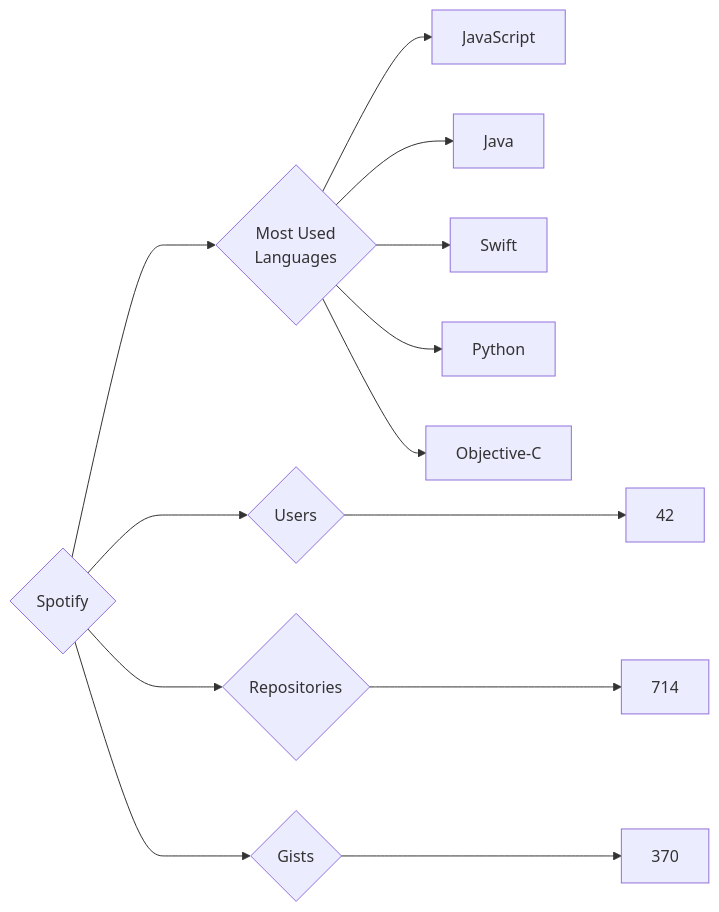
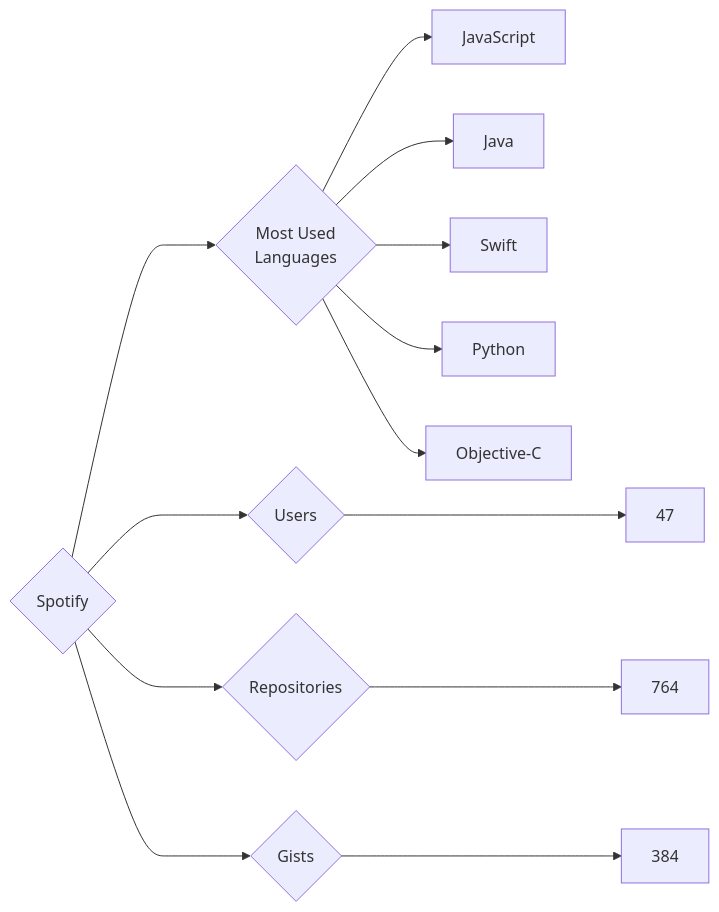
The diagram in targets/Spotify/README.md (trickest/insiders), drawn with Mermaid before and after one commit. The commit also changed 715 other files, not shown here.

````diff
--- a/targets/Spotify/README.md
+++ b/targets/Spotify/README.md
@@ -3,13 +3,13 @@
 ```mermaid
 graph LR
 COMPANY_NAME{Spotify}
-COMPANY_NAME ---> U{Users} ---> UN[42]
-COMPANY_NAME ---> R{Repositories} ---> RN[714]
-COMPANY_NAME ---> G{Gists} ---> GN[370]
+COMPANY_NAME ---> U{Users} ---> UN[47]
+COMPANY_NAME ---> R{Repositories} ---> RN[764]
+COMPANY_NAME ---> G{Gists} ---> GN[384]
 COMPANY_NAME ---> ML{Most Used<br>Languages}
 ML --> JavaScript[JavaScript]
 ML --> Java[Java]
 ML --> Swift[Swift]
 ML --> Python[Python]
 ML --> Objective-C[Objective-C]
 ```
````
